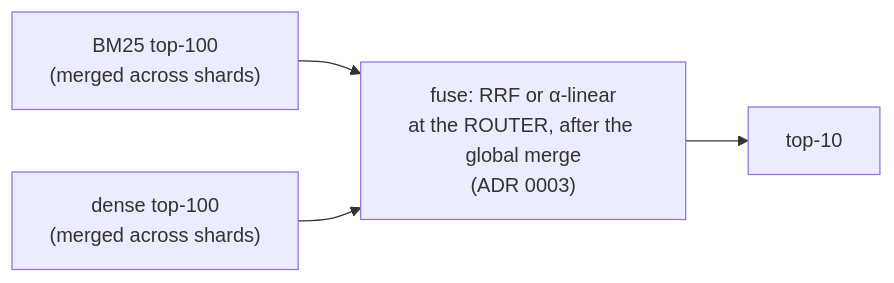
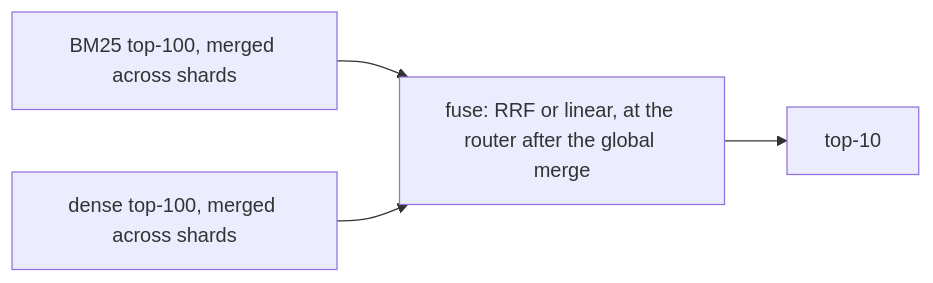
One commit to node31/fiqa-agentic-retrieval changed the diagram in docs/05_hybrid_fusion.md. Above: the diagram before and after it, drawn with Mermaid. The commit also changed other lines of this file and 38 other files, not shown here.

````diff
--- a/docs/05_hybrid_fusion.md
+++ b/docs/05_hybrid_fusion.md
@@ -26,6 +20,6 @@
 ```mermaid
 flowchart LR
-  B["BM25 top-100<br/>(merged across shards)"] --> F["fuse: RRF or α-linear<br/>at the ROUTER, after the global merge<br/>(ADR 0003)"]
-  D["dense top-100<br/>(merged across shards)"] --> F
+  B["BM25 top-100, merged across shards"] --> F["fuse: RRF or linear, at the router after the global merge"]
+  D["dense top-100, merged across shards"] --> F
   F --> T["top-10"]
 ```
````
